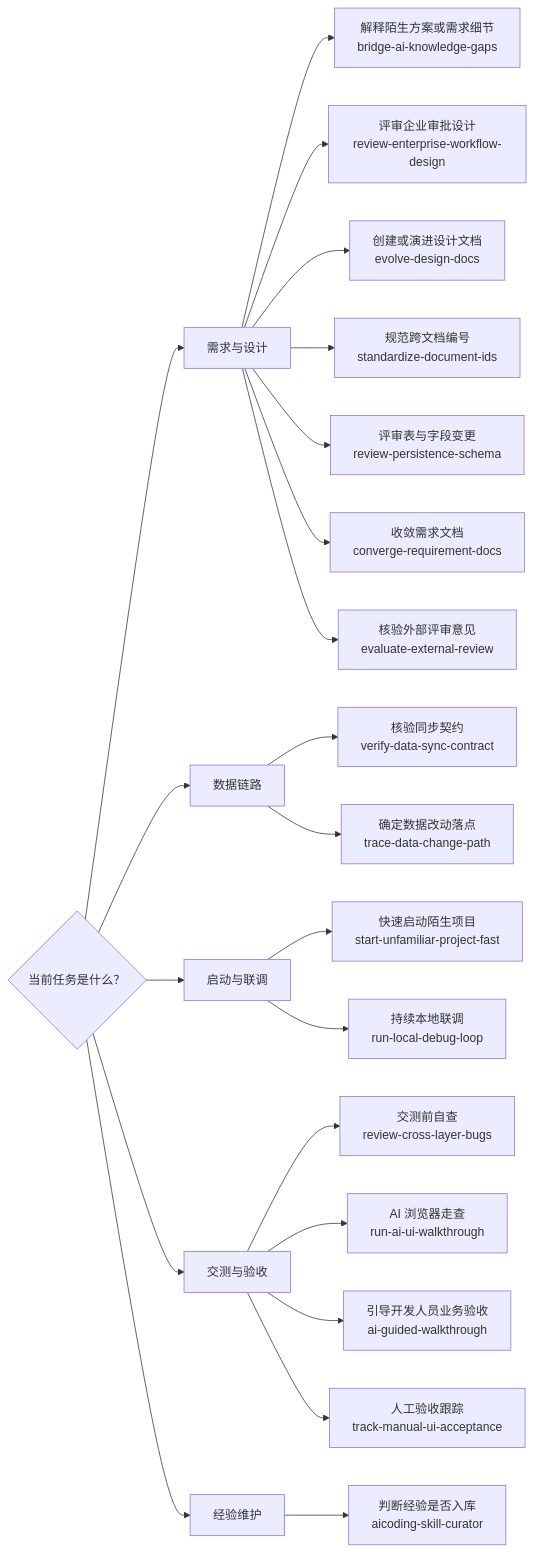
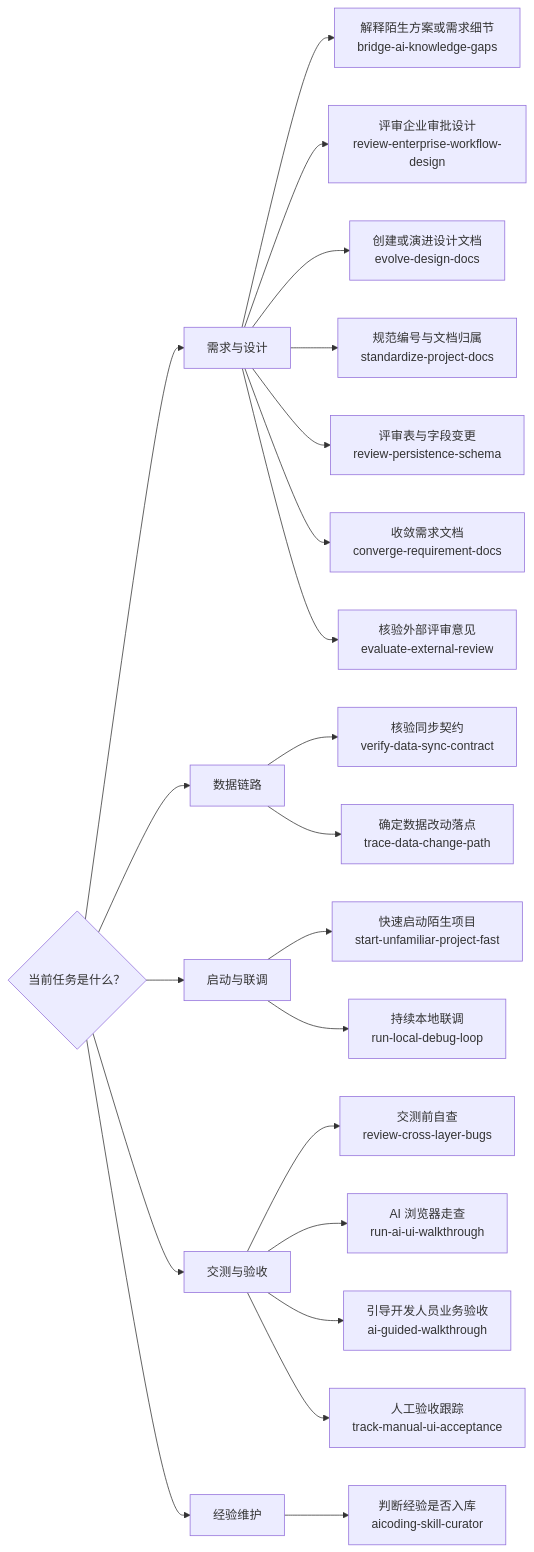
One commit to KelvinFanXian/aicoding changed the diagram in README.md. Above: the diagram before and after it, drawn with Mermaid. The commit also changed other lines of this file and 4 other files, not shown here.

````diff
--- a/README.md
+++ b/README.md
@@ -55,25 +55,25 @@
 ```mermaid
 flowchart LR
     Q{"当前任务是什么？"}
     Q --> A["需求与设计"]
     A --> A1["解释陌生方案或需求细节<br/>bridge-ai-knowledge-gaps"]
     A --> A2["评审企业审批设计<br/>review-enterprise-workflow-design"]
     A --> A3["创建或演进设计文档<br/>evolve-design-docs"]
-    A --> A7["规范跨文档编号<br/>standardize-document-ids"]
+    A --> A7["规范编号与文档归属<br/>standardize-project-docs"]
     A --> A6["评审表与字段变更<br/>review-persistence-schema"]
     A --> A4["收敛需求文档<br/>converge-requirement-docs"]
     A --> A5["核验外部评审意见<br/>evaluate-external-review"]
     Q --> B["数据链路"]
     B --> B1["核验同步契约<br/>verify-data-sync-contract"]
     B --> B2["确定数据改动落点<br/>trace-data-change-path"]
     Q --> C["启动与联调"]
     C --> C1["快速启动陌生项目<br/>start-unfamiliar-project-fast"]
     C --> C2["持续本地联调<br/>run-local-debug-loop"]
     Q --> D["交测与验收"]
     D --> D1["交测前自查<br/>review-cross-layer-bugs"]
     D --> D2["AI 浏览器走查<br/>run-ai-ui-walkthrough"]
     D --> D3["引导开发人员业务验收<br/>ai-guided-walkthrough"]
     D --> D4["人工验收跟踪<br/>track-manual-ui-acceptance"]
     Q --> E["经验维护"]
     E --> E1["判断经验是否入库<br/>aicoding-skill-curator"]
 ```
````
